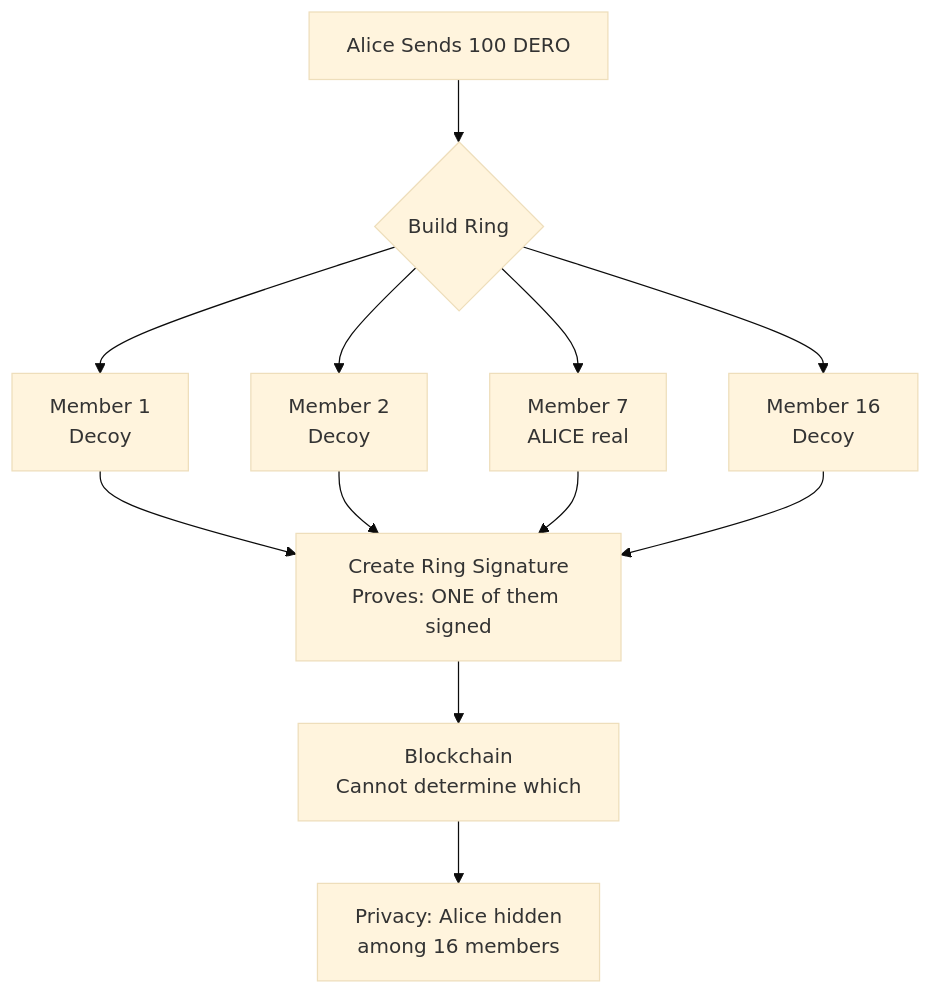
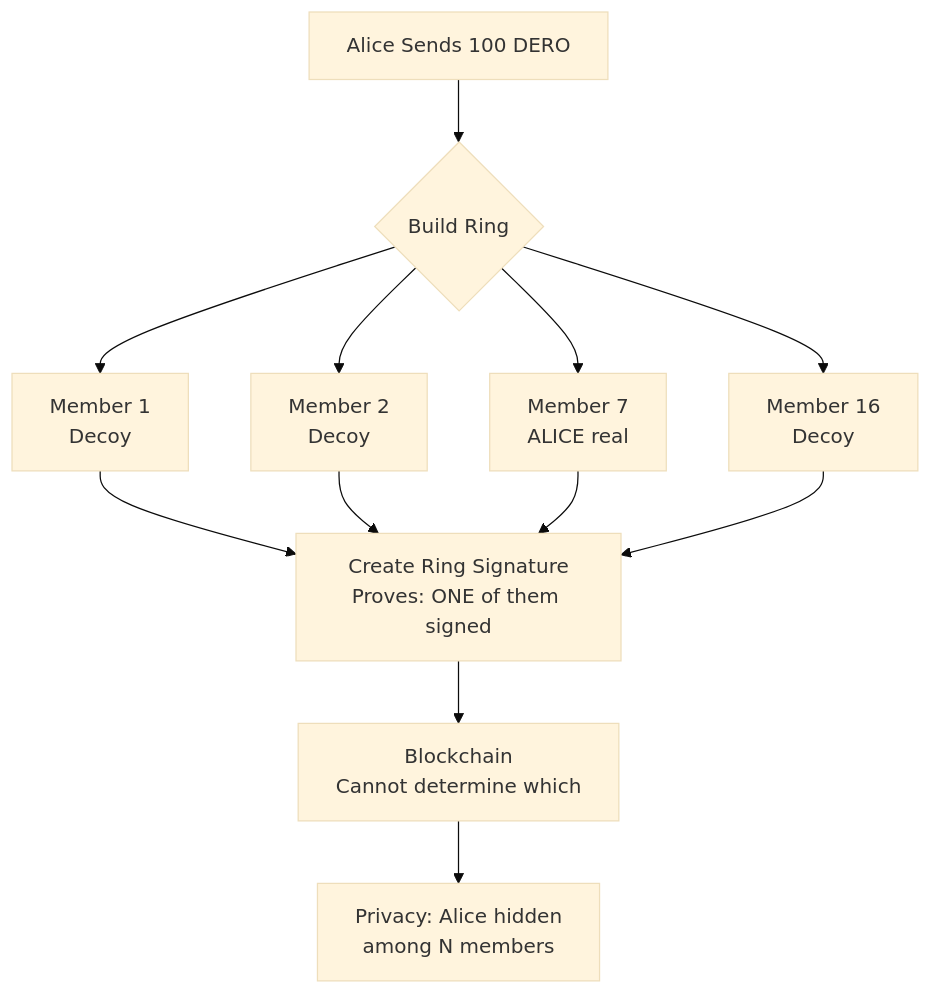
One commit to DHEBP/dero-docs changed the diagram in derod-main/pages/privacy/ring-signatures.mdx. Above: the diagram before and after it, drawn with Mermaid (base theme). The commit also changed other lines of this file and 7 other files, not shown here.

````diff
--- a/derod-main/pages/privacy/ring-signatures.mdx
+++ b/derod-main/pages/privacy/ring-signatures.mdx
@@ -25,18 +25,18 @@
 ```mermaid
 graph TB
     A[Alice Sends 100 DERO] --> R{Build Ring}
     
     R --> M1[Member 1<br/>Decoy]
     R --> M2[Member 2<br/>Decoy]
     R --> M7[Member 7<br/>ALICE real]
     R --> M16[Member 16<br/>Decoy]
     
     M1 --> S[Create Ring Signature<br/>Proves: ONE of them signed]
     M2 --> S
     M7 --> S
     M16 --> S
     
     S --> BC[Blockchain<br/>Cannot determine which]
     
-    BC --> P[Privacy: Alice hidden<br/>among 16 members]
+    BC --> P[Privacy: Alice hidden<br/>among N members]
 ```
````
